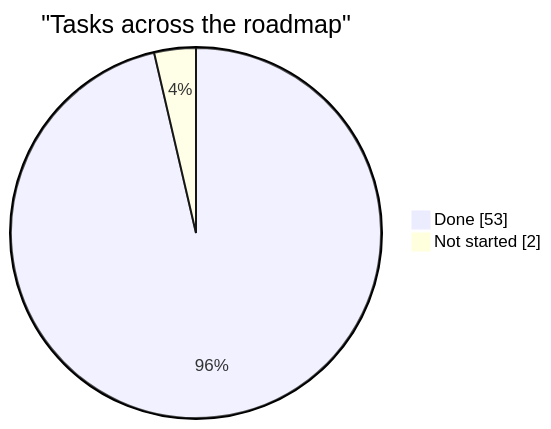
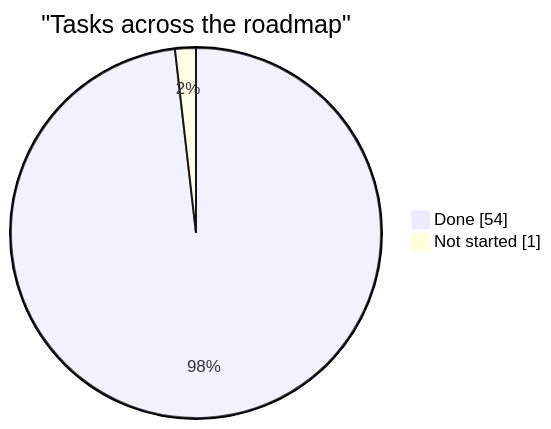
The diagram in docs/planning/status.md (AdamClemens/PyFlow), drawn with Mermaid before and after one commit. The commit also changed other lines of this file and 10 other files, not shown here.

````diff
--- a/docs/planning/status.md
+++ b/docs/planning/status.md
@@ -23,6 +23,6 @@
 ```mermaid
 pie showData
     title "Tasks across the roadmap"
-    "Done" : 53
-    "Not started" : 2
+    "Done" : 54
+    "Not started" : 1
 ```
````
